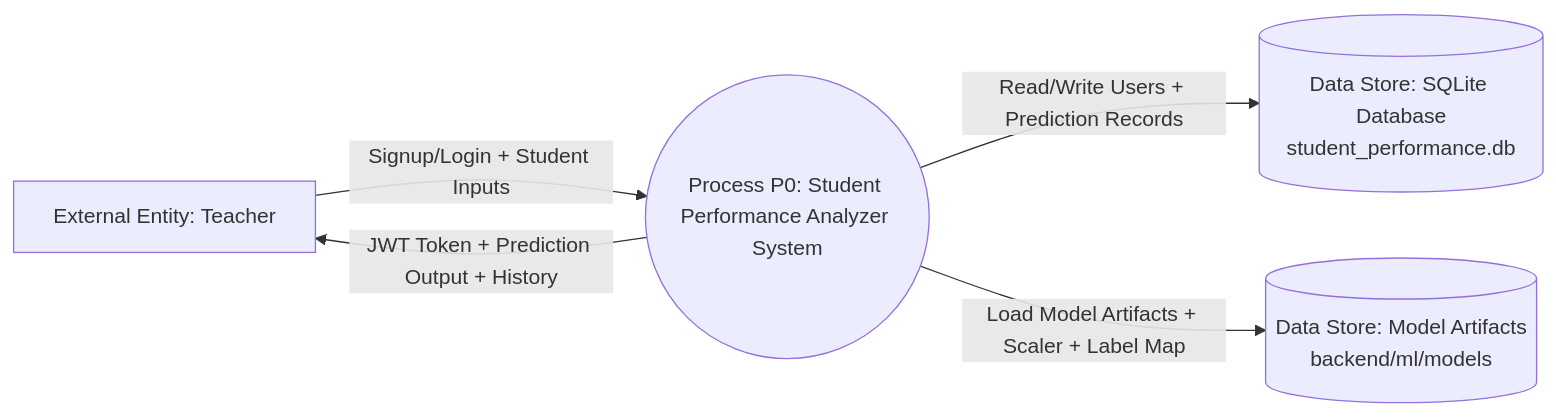
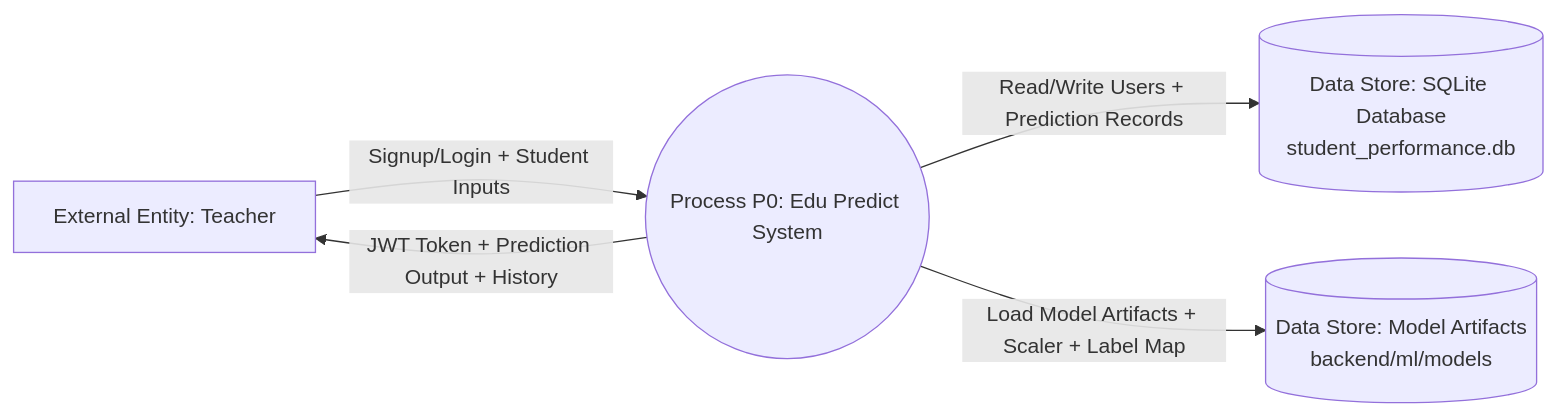
One commit to vrroshni/student-analyser changed the diagram in docs/diagrams/DFD_LEVEL_0.md. Above: the diagram before and after it, drawn with Mermaid. The commit also changed other lines of this file and 18 other files, not shown here.

Commit message:
Student Performance Analyzer

````diff
--- a/docs/diagrams/DFD_LEVEL_0.md
+++ b/docs/diagrams/DFD_LEVEL_0.md
@@ -9,15 +9,15 @@
 ```mermaid
 flowchart LR
   Teacher[External Entity: Teacher]
 
-  System((Process P0: Student Performance Analyzer System))
+  System((Process P0: Edu Predict System))
 
   DB[(Data Store: SQLite Database\nstudent_performance.db)]
   Models[(Data Store: Model Artifacts\nbackend/ml/models)]
 
   Teacher -- Signup/Login + Student Inputs --> System
   System -- JWT Token + Prediction Output + History --> Teacher
 
   System -- Read/Write Users + Prediction Records --> DB
   System -- Load Model Artifacts + Scaler + Label Map --> Models
 ```
````
